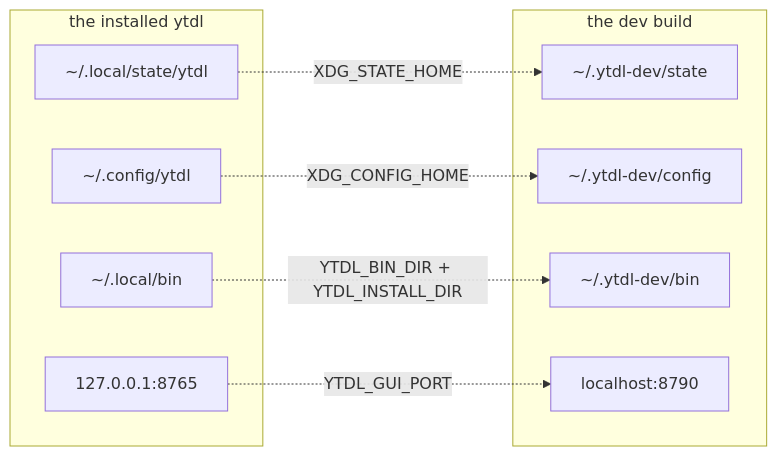
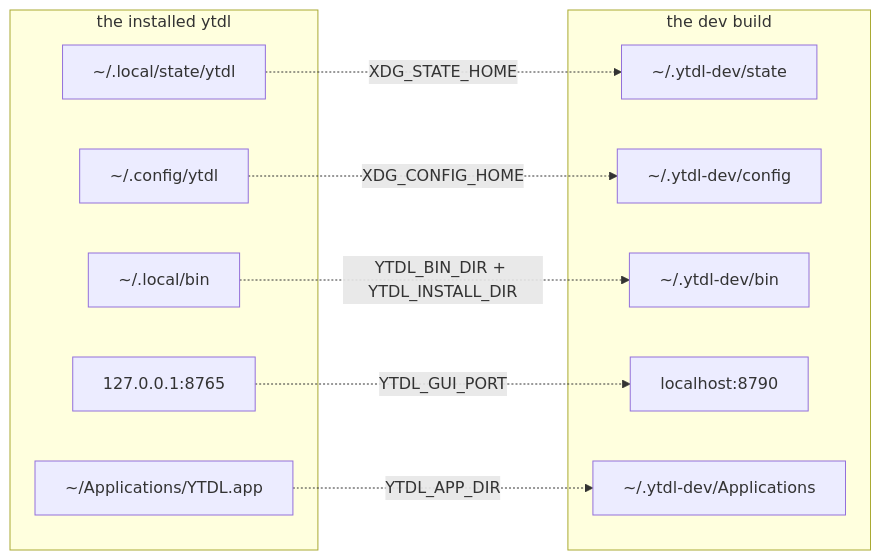
The diagram in docs/maintainers/guides/dev-testing.md (alergyonthestage/ytdl), drawn with Mermaid before and after one commit. The commit also changed other lines of this file and 4 other files, not shown here.

````diff
--- a/docs/maintainers/guides/dev-testing.md
+++ b/docs/maintainers/guides/dev-testing.md
@@ -67,19 +67,22 @@
 ```mermaid
 flowchart LR
   subgraph REAL["the installed ytdl"]
     R1["~/.local/state/ytdl"]
     R2["~/.config/ytdl"]
     R3["~/.local/bin"]
     R4["127.0.0.1:8765"]
+    R5["~/Applications/YTDL.app"]
   end
   subgraph DEV["the dev build"]
     D1["~/.ytdl-dev/state"]
     D2["~/.ytdl-dev/config"]
     D3["~/.ytdl-dev/bin"]
     D4["localhost:8790"]
+    D5["~/.ytdl-dev/Applications"]
   end
   R1 -. XDG_STATE_HOME .-> D1
   R2 -. XDG_CONFIG_HOME .-> D2
   R3 -. "YTDL_BIN_DIR + YTDL_INSTALL_DIR" .-> D3
   R4 -. YTDL_GUI_PORT .-> D4
+  R5 -. YTDL_APP_DIR .-> D5
 ```
````
